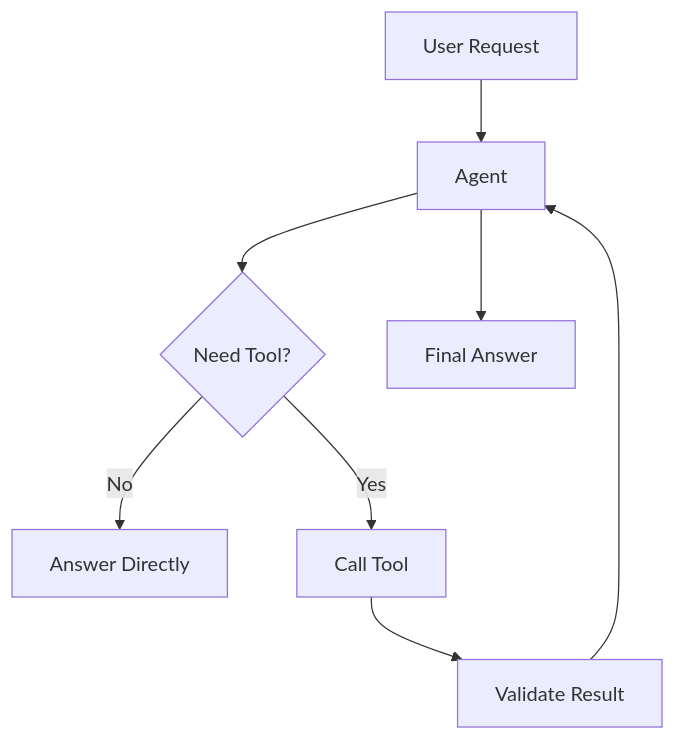
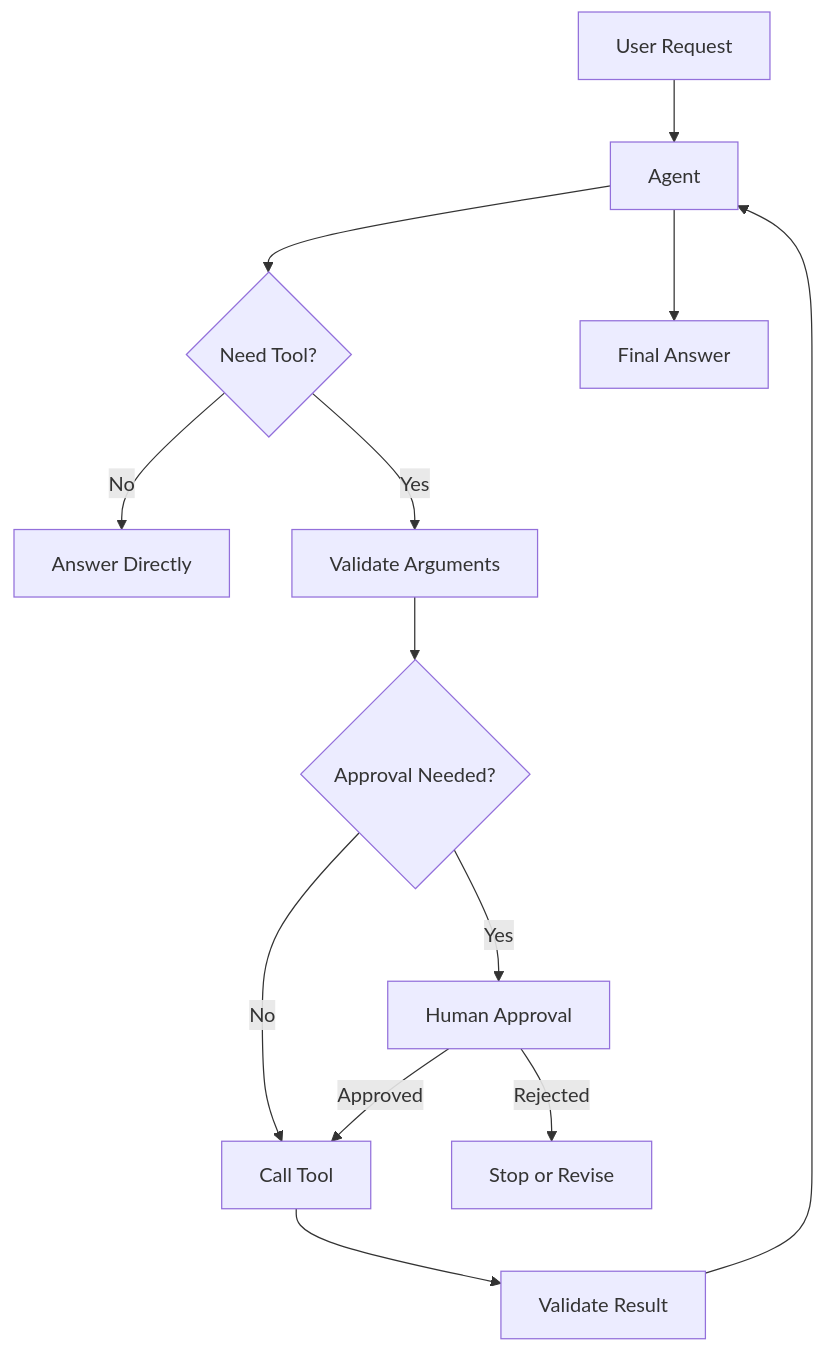
Before and after one commit to audi0417/agent-engineering-roadmap: the diagram in curriculum/02-tool-calling.md, drawn with Mermaid. The commit also changed other lines of this file, not shown here.

Commit message:
Deepen module 02 with schemas risk and references

````diff
--- a/curriculum/02-tool-calling.md
+++ b/curriculum/02-tool-calling.md
@@ -47,10 +130,15 @@
 ```mermaid
 flowchart TD
     User[User Request] --> Agent[Agent]
     Agent --> Decision{Need Tool?}
     Decision -->|No| Answer[Answer Directly]
-    Decision -->|Yes| Tool[Call Tool]
-    Tool --> Validate[Validate Result]
-    Validate --> Agent
+    Decision -->|Yes| ValidateArgs[Validate Arguments]
+    ValidateArgs --> Approval{Approval Needed?}
+    Approval -->|Yes| Human[Human Approval]
+    Approval -->|No| Tool[Call Tool]
+    Human -->|Approved| Tool
+    Human -->|Rejected| Stop[Stop or Revise]
+    Tool --> ValidateResult[Validate Result]
+    ValidateResult --> Agent
     Agent --> Final[Final Answer]
 ```
````
